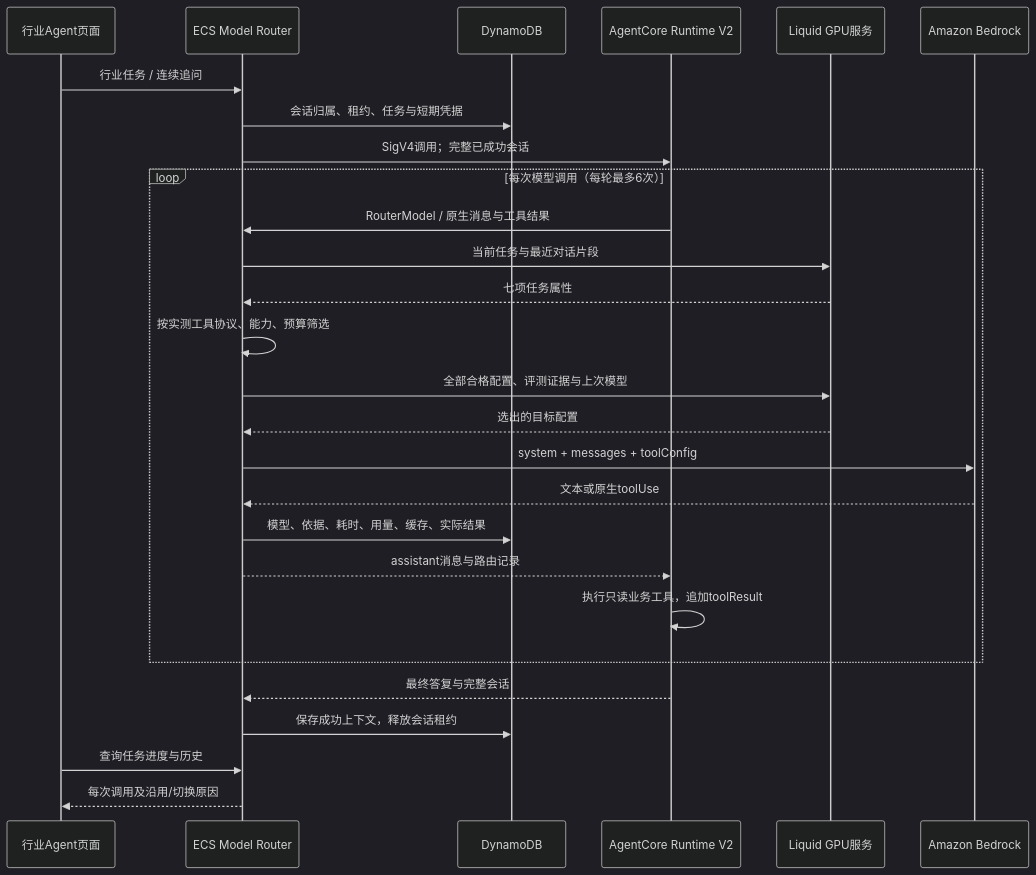
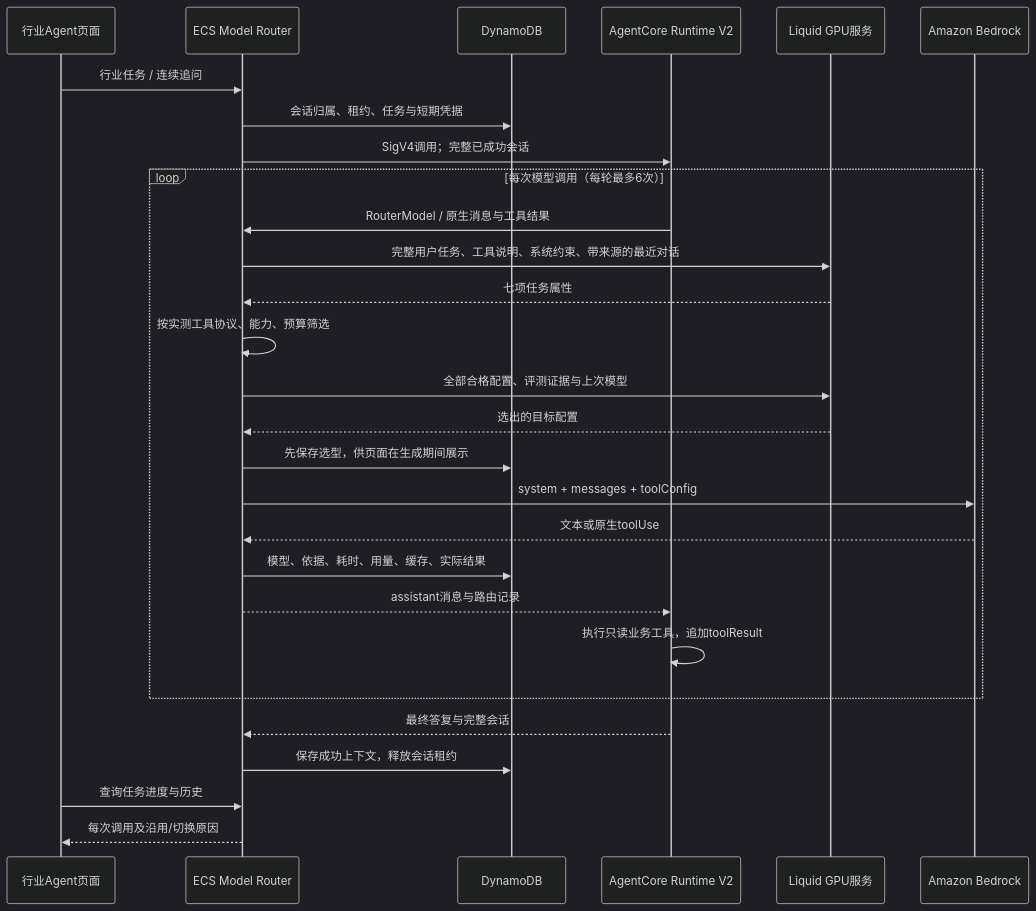
Before and after one commit to milan9527/DeciderModelRouter: the diagram in docs/INDUSTRY_AGENTS.zh.md, drawn with Mermaid (dark theme). The commit also changed other lines of this file and 32 other files, not shown here.

````diff
--- a/docs/INDUSTRY_AGENTS.zh.md
+++ b/docs/INDUSTRY_AGENTS.zh.md
@@ -40,29 +42,30 @@
 ```mermaid
 sequenceDiagram
     participant UI as 行业Agent页面
     participant GW as ECS Model Router
     participant DB as DynamoDB
     participant AC as AgentCore Runtime V2
     participant GPU as Liquid GPU服务
     participant BR as Amazon Bedrock
     UI->>GW: 行业任务 / 连续追问
     GW->>DB: 会话归属、租约、任务与短期凭据
     GW->>AC: SigV4调用；完整已成功会话
     loop 每次模型调用（每轮最多6次）
         AC->>GW: RouterModel / 原生消息与工具结果
-        GW->>GPU: 当前任务与最近对话片段
+        GW->>GPU: 完整用户任务、工具说明、系统约束、带来源的最近对话
         GPU-->>GW: 七项任务属性
         GW->>GW: 按实测工具协议、能力、预算筛选
         GW->>GPU: 全部合格配置、评测证据与上次模型
         GPU-->>GW: 选出的目标配置
+        GW->>DB: 先保存选型，供页面在生成期间展示
         GW->>BR: system + messages + toolConfig
         BR-->>GW: 文本或原生toolUse
         GW->>DB: 模型、依据、耗时、用量、缓存、实际结果
         GW-->>AC: assistant消息与路由记录
         AC->>AC: 执行只读业务工具，追加toolResult
     end
     AC-->>GW: 最终答复与完整会话
     GW->>DB: 保存成功上下文，释放会话租约
     UI->>GW: 查询任务进度与历史
     GW-->>UI: 每次调用及沿用/切换原因
 ```
````
